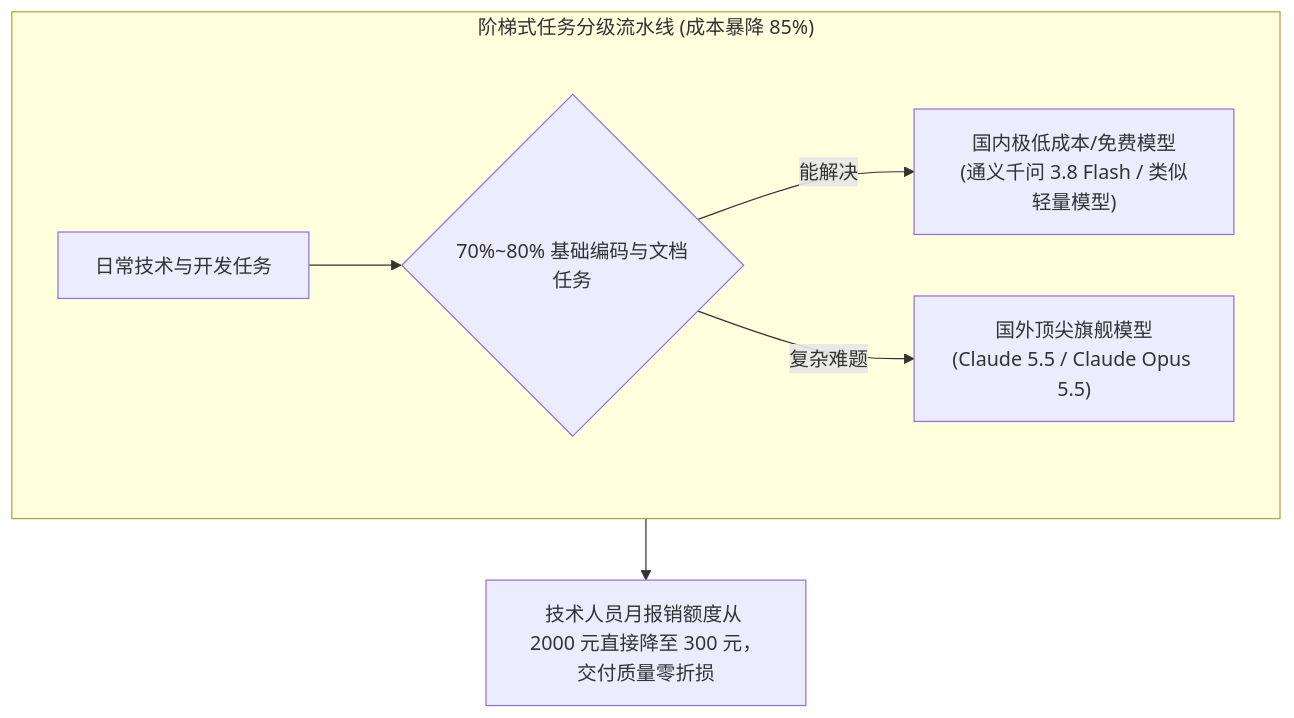
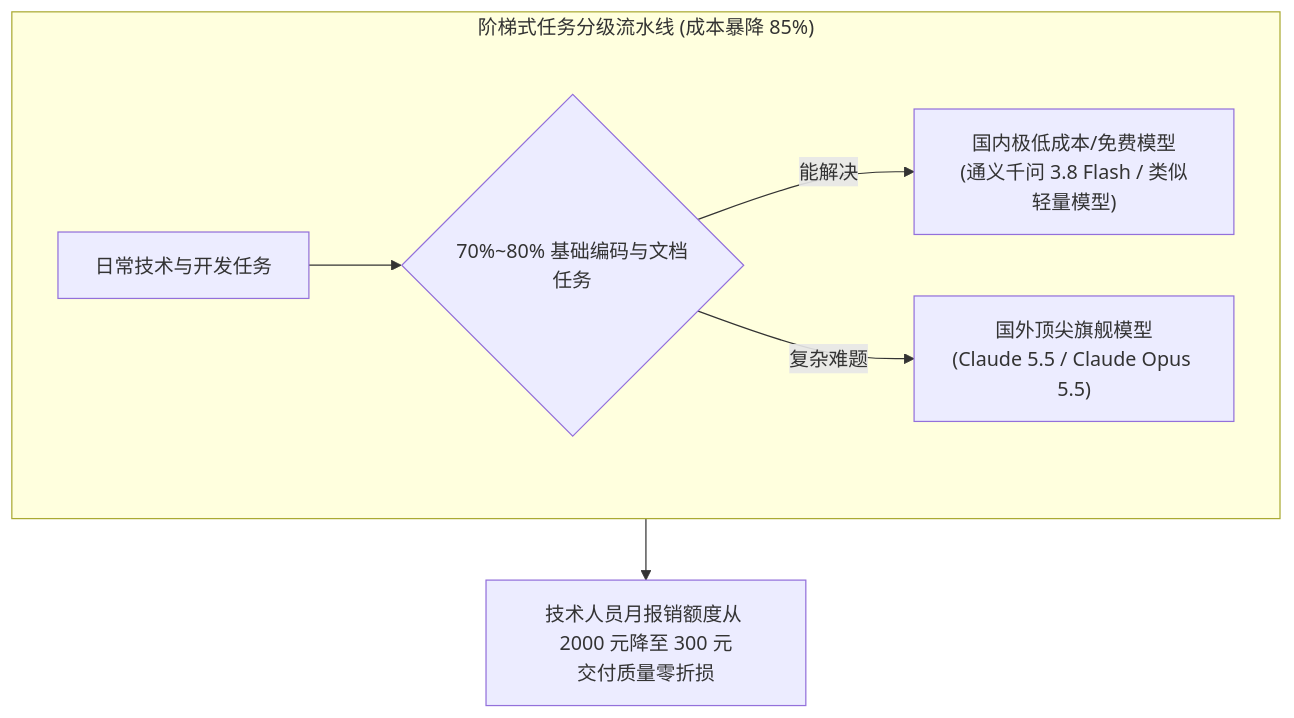
Before and after one commit to dollarser/knowledge: diagram 13 of 16 in content/live-20261102-01.md, drawn with Mermaid. The commit also changed other lines of this file, not shown here.

Commit message:
style(mermaid): verticalize internal nodes with multi-line breaks for mobile read

````diff
--- a/content/live-20261102-01.md
+++ b/content/live-20261102-01.md
@@ -455,10 +460,10 @@
 ```mermaid
 flowchart TD
     subgraph Tier["阶梯式任务分级流水线 (成本暴降 85%)"]
         Q["日常技术与开发任务"] --> Step1{"70%~80% 基础编码与文档任务"}
         Step1 -- 能解决 --> L1["国内极低成本/免费模型<br/>(通义千问 3.8 Flash / 类似轻量模型)"]
         Step1 -- 复杂难题 --> L2["国外顶尖旗舰模型<br/>(Claude 5.5 / Claude Opus 5.5)"]
     end
 
-    Tier --> Result["技术人员月报销额度从 2000 元直接降至 300 元，交付质量零折损"]
+    Tier --> Result["技术人员月报销额度从 2000 元降至 300 元<br/>交付质量零折损"]
 ```
````
